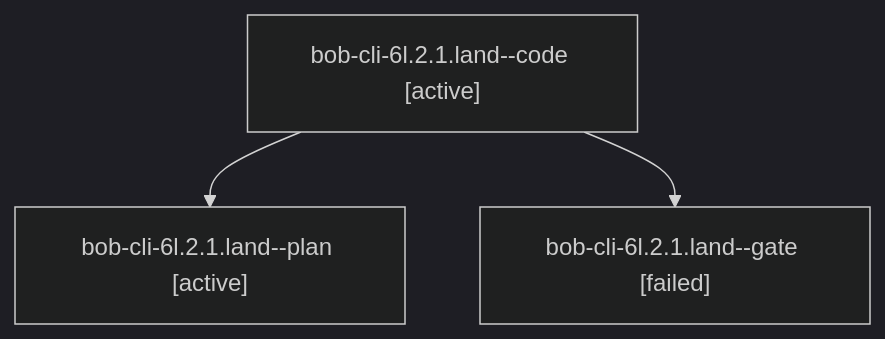
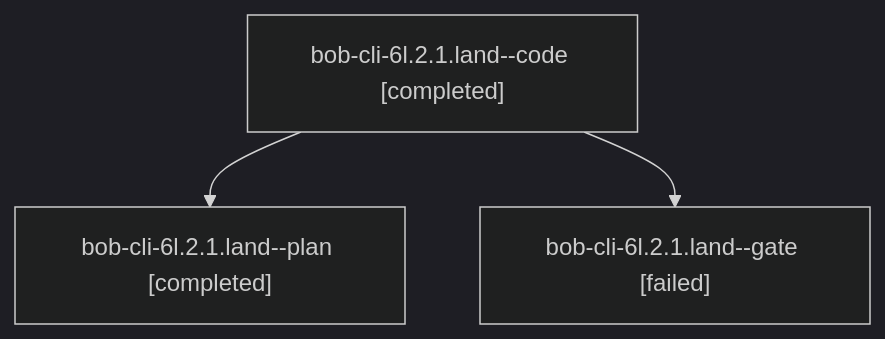
One commit to bobs-org/bob-cli--agents changed the diagram in sessions/bbugyi200.apollo.bob-cli-6l.2.1.land.md. Above: the diagram before and after it, drawn with Mermaid (dark theme). The commit also changed other lines of this file and 36 other files, not shown here.

````diff
--- a/sessions/bbugyi200.apollo.bob-cli-6l.2.1.land.md
+++ b/sessions/bbugyi200.apollo.bob-cli-6l.2.1.land.md
@@ -9,8 +9,8 @@
 ```mermaid
 flowchart TD
-  n0["bob-cli-6l.2.1.land--code [active]"]
-  n1["bob-cli-6l.2.1.land--plan [active]"]
+  n0["bob-cli-6l.2.1.land--code [completed]"]
+  n1["bob-cli-6l.2.1.land--plan [completed]"]
   n0 --> n1
   n2["bob-cli-6l.2.1.land--gate [failed]"]
   n0 --> n2
 ```
````
